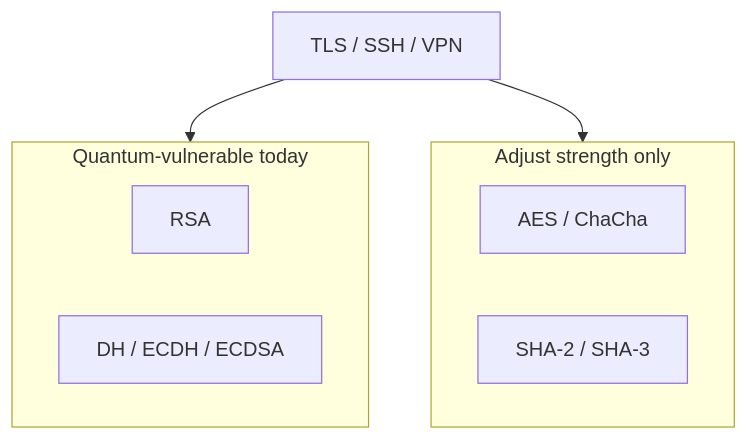
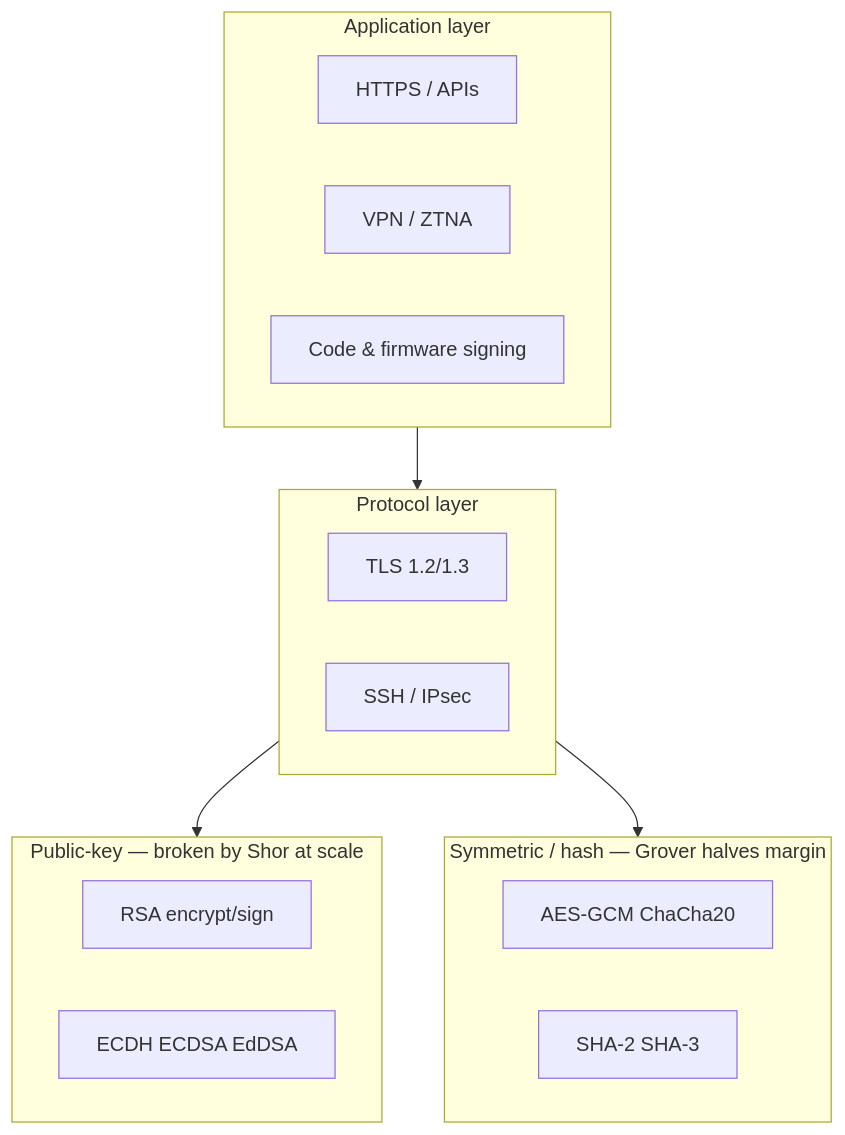
Before and after one commit to kalyogyogi-ui/Ai-check-: the first of 3 diagrams in manuscript/chapters/01-introduction.md, drawn with Mermaid. The commit also changed other lines of this file and 31 other files, not shown here.

First line of the commit message:
Fix figure placement: in-section after intro text, repair corrupted headings

````diff
--- a/manuscript/chapters/01-introduction.md
+++ b/manuscript/chapters/01-introduction.md
@@ -9,13 +13,22 @@
 ```mermaid
 flowchart TB
-  subgraph vuln [Quantum-vulnerable today]
-    RSA[RSA]
-    DH[DH / ECDH / ECDSA]
+  subgraph apps [Application layer]
+    WEB[HTTPS / APIs]
+    VPN[VPN / ZTNA]
+    SIGN[Code & firmware signing]
   end
-  subgraph ok [Adjust strength only]
-    AES[AES / ChaCha]
-    SHA[SHA-2 / SHA-3]
+  subgraph proto [Protocol layer]
+    TLS[TLS 1.2/1.3]
+    SSH[SSH / IPsec]
   end
-  TLS[TLS / SSH / VPN] --> vuln
-  TLS --> ok
+  subgraph pk [Public-key — broken by Shor at scale]
+    RSA[RSA encrypt/sign]
+    ECC[ECDH ECDSA EdDSA]
+  end
+  subgraph sym [Symmetric / hash — Grover halves margin]
+    AEAD[AES-GCM ChaCha20]
+    HASH[SHA-2 SHA-3]
+  end
+  apps --> proto --> pk
+  proto --> sym
 ```
````
